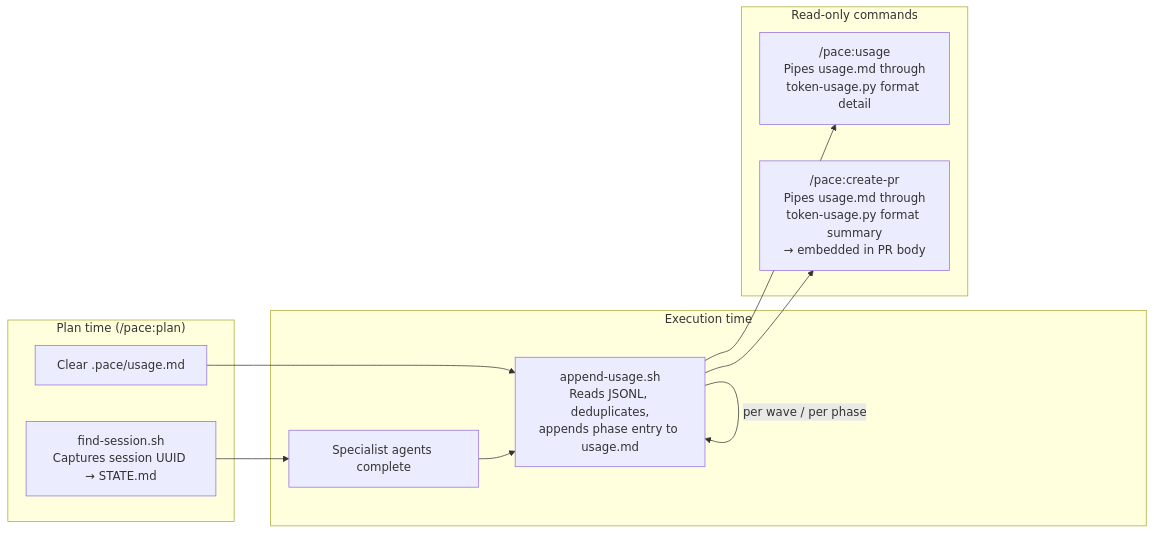
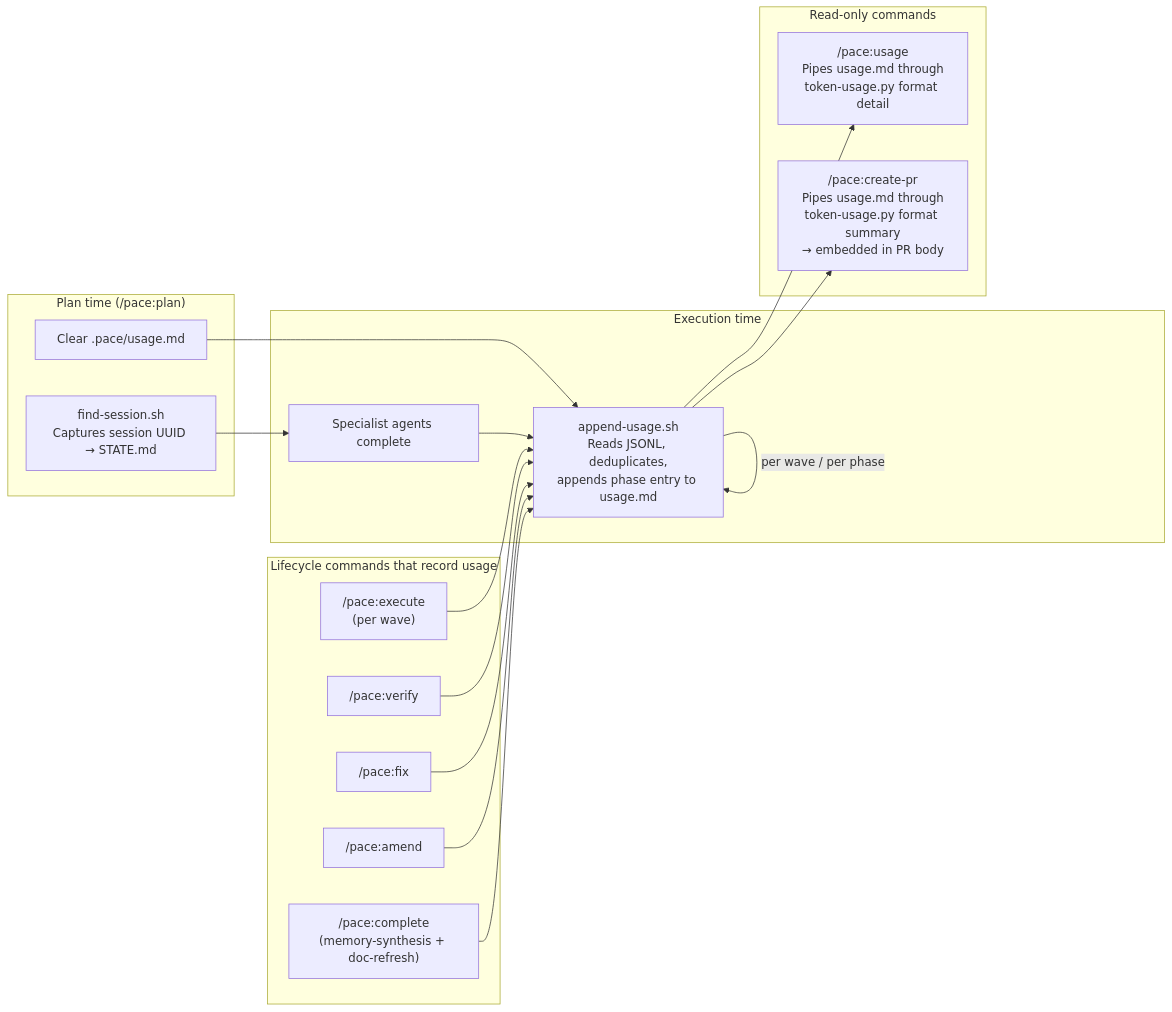
One commit to jwprichard/pace changed the fifth of 6 diagrams in docs/architecture.md. Above: the diagram before and after it, drawn with Mermaid. The commit also changed other lines of this file, not shown here.

Commit message:
Update docs/architecture.md to fix agent names and add missing command flows

````diff
--- a/docs/architecture.md
+++ b/docs/architecture.md
@@ -123,24 +143,33 @@
 ```mermaid
 flowchart LR
     subgraph plan_time["Plan time (/pace:plan)"]
         session["find-session.sh\nCaptures session UUID → STATE.md"]
         clear["Clear .pace/usage.md"]
     end
 
     subgraph exec_time["Execution time"]
         agents["Specialist agents complete"]
         append["append-usage.sh\nReads JSONL, deduplicates,\nappends phase entry to usage.md"]
     end
 
+    subgraph lifecycle["Lifecycle commands that record usage"]
+        execphase["/pace:execute\n(per wave)"]
+        verifyphase["/pace:verify"]
+        fixphase["/pace:fix"]
+        amendphase["/pace:amend"]
+        completephase["/pace:complete\n(memory-synthesis + doc-refresh)"]
+    end
+
     subgraph display["Read-only commands"]
         usage["/pace:usage\nPipes usage.md through\ntoken-usage.py format detail"]
         pr["/pace:create-pr\nPipes usage.md through\ntoken-usage.py format summary\n→ embedded in PR body"]
     end
 
     session --> agents
     clear --> append
     agents --> append
+    execphase & verifyphase & fixphase & amendphase & completephase --> append
     append -->|per wave / per phase| append
     append --> usage
     append --> pr
 ```
````
